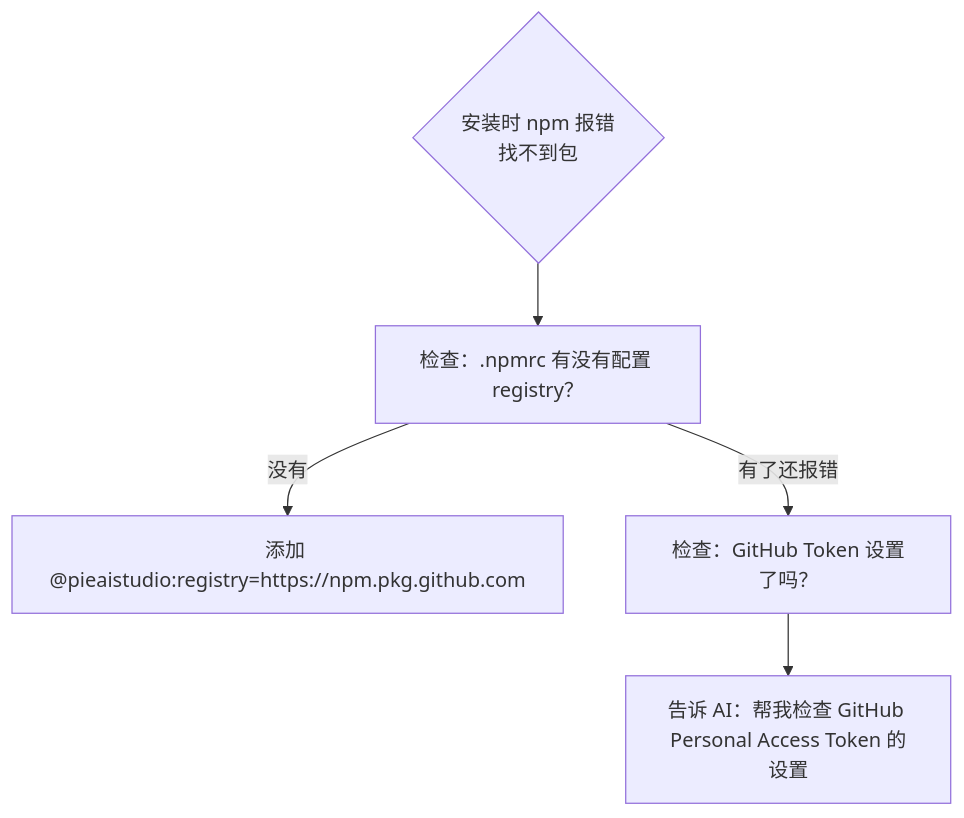
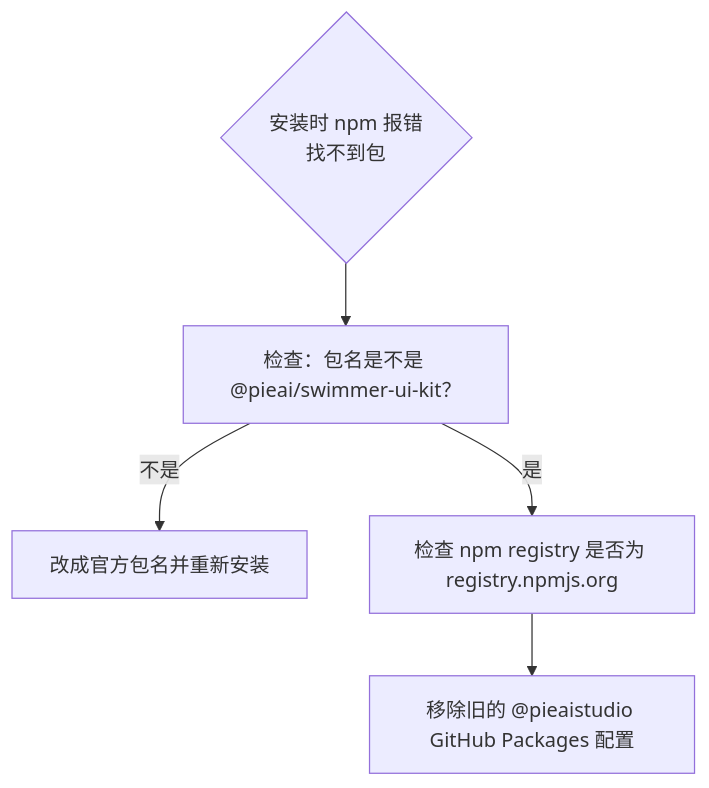
Before and after one commit to PieAIStudio/SwimmerUIKit: the fifth of 5 diagrams in doc/LearningFrom0/04-use-in-new-app.md, drawn with Mermaid. The commit also changed other lines of this file and 16 other files, not shown here.

````diff
--- a/doc/LearningFrom0/04-use-in-new-app.md
+++ b/doc/LearningFrom0/04-use-in-new-app.md
@@ -225,8 +214,8 @@
 ```mermaid
 graph TD
     BUG2{"安装时 npm 报错\n找不到包"}
-    BUG2 --> CHECK3["检查：.npmrc 有没有配置 registry？"]
-    CHECK3 -->|没有| FIX3["添加 @pieaistudio:registry=https://npm.pkg.github.com"]
-    CHECK3 -->|有了还报错| CHECK4["检查：GitHub Token 设置了吗？"]
-    CHECK4 --> FIX4["告诉 AI：帮我检查 GitHub Personal Access Token 的设置"]
+    BUG2 --> CHECK3["检查：包名是不是 @pieai/swimmer-ui-kit？"]
+    CHECK3 -->|不是| FIX3["改成官方包名并重新安装"]
+    CHECK3 -->|是| CHECK4["检查 npm registry 是否为 registry.npmjs.org"]
+    CHECK4 --> FIX4["移除旧的 @pieaistudio GitHub Packages 配置"]
 ```
````
